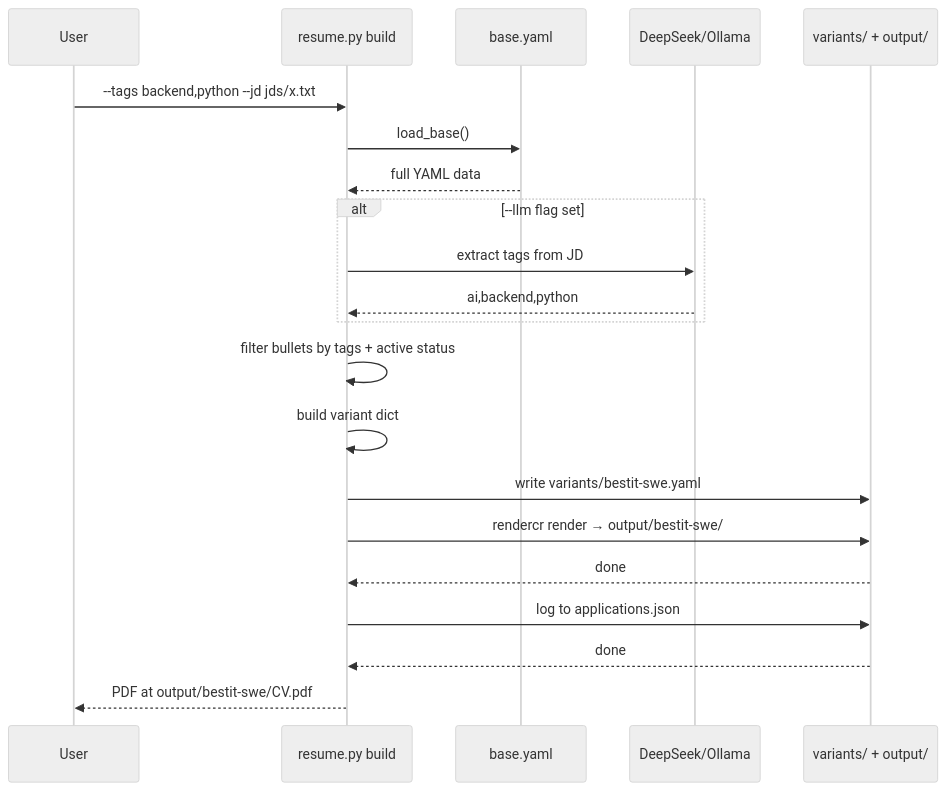
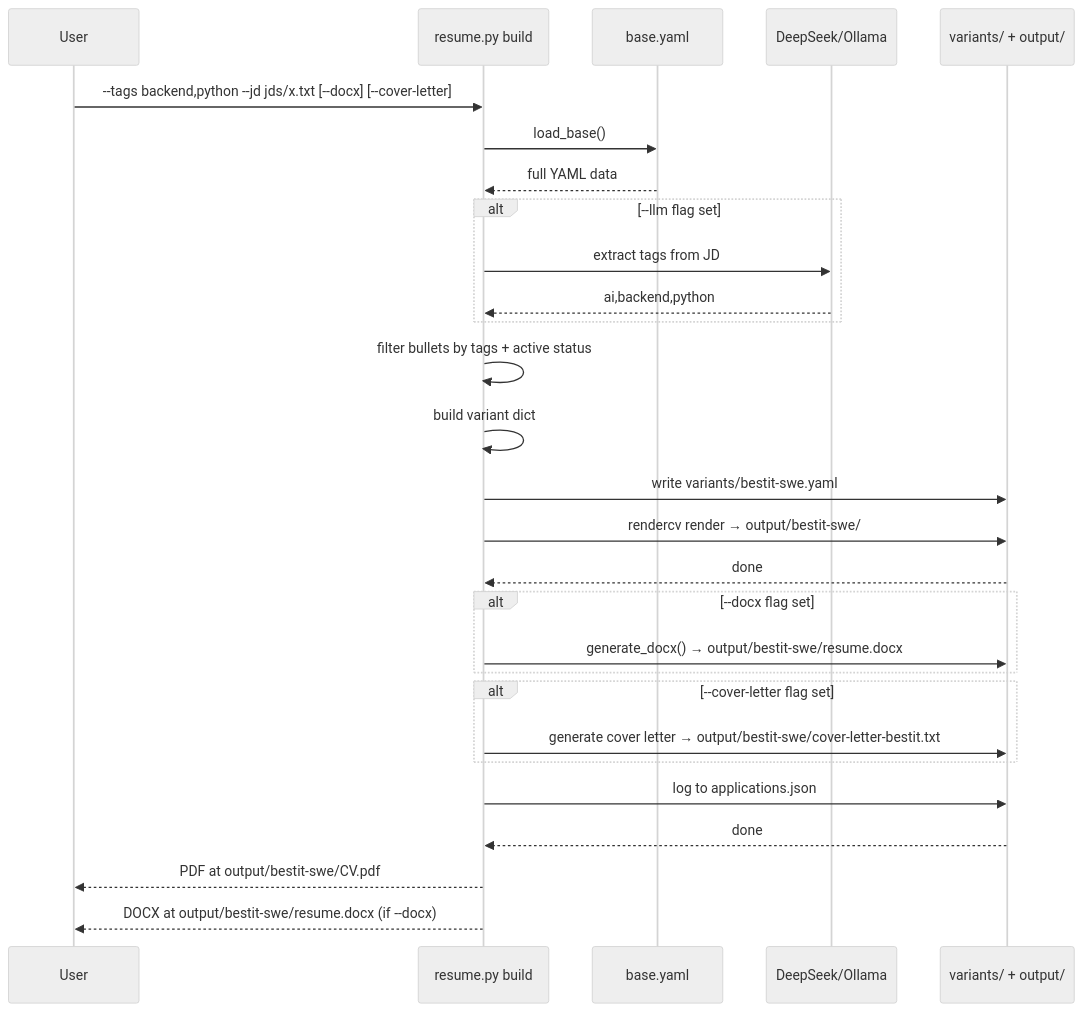
The sixth of 10 diagrams in docs/overview.md (jxjwilliam/resume-generator), drawn with Mermaid (neutral theme) before and after one commit. The commit also changed other lines of this file and 10 other files, not shown here.

````diff
--- a/docs/overview.md
+++ b/docs/overview.md
@@ -217,29 +221,38 @@
 ```mermaid
 sequenceDiagram
     participant User
     participant CLI as resume.py build
     participant Base as base.yaml
     participant LLM as DeepSeek/Ollama
     participant FS as variants/ + output/
 
-    User->>CLI: --tags backend,python --jd jds/x.txt
+    User->>CLI: --tags backend,python --jd jds/x.txt [--docx] [--cover-letter]
     CLI->>Base: load_base()
     Base-->>CLI: full YAML data
 
     alt --llm flag set
         CLI->>LLM: extract tags from JD
         LLM-->>CLI: ai,backend,python
     end
 
     CLI->>CLI: filter bullets by tags + active status
     CLI->>CLI: build variant dict
     CLI->>FS: write variants/bestit-swe.yaml
 
-    CLI->>FS: rendercr render → output/bestit-swe/
+    CLI->>FS: rendercv render → output/bestit-swe/
     FS-->>CLI: done
+
+    alt --docx flag set
+        CLI->>FS: generate_docx() → output/bestit-swe/resume.docx
+    end
+
+    alt --cover-letter flag set
+        CLI->>FS: generate cover letter → output/bestit-swe/cover-letter-bestit.txt
+    end
 
     CLI->>FS: log to applications.json
     FS-->>CLI: done
 
     CLI-->>User: PDF at output/bestit-swe/CV.pdf
+    CLI-->>User: DOCX at output/bestit-swe/resume.docx (if --docx)
 ```
````
